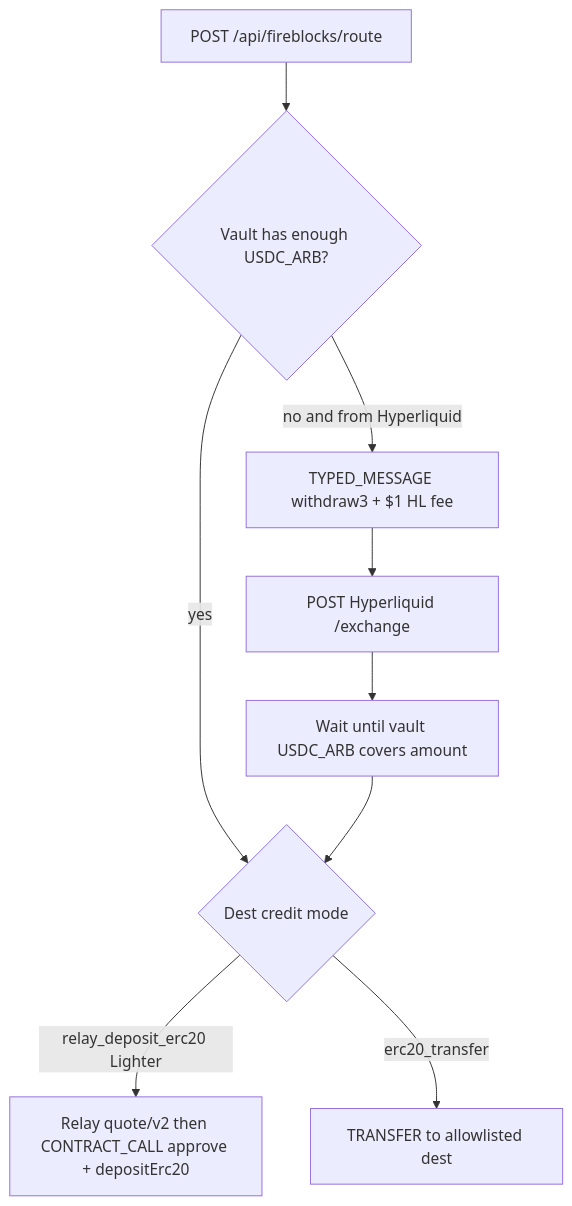
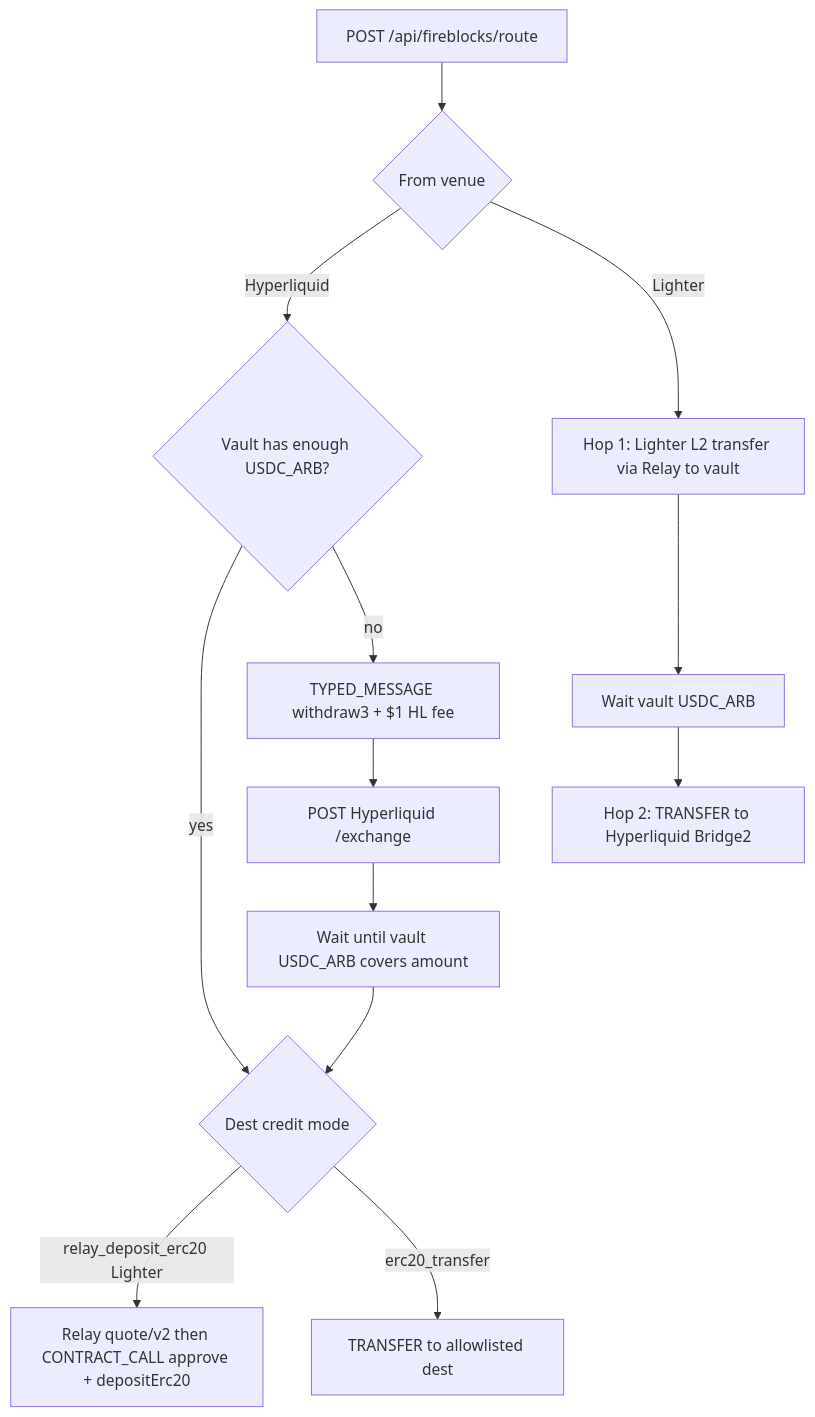
Before and after one commit to JellyCWenning/signet: the third of 3 diagrams in docs/MANUAL.md, drawn with Mermaid. The commit also changed other lines of this file and 5 other files, not shown here.

First line of the commit message:
Treat Lighter→HL as vault two-hops, refuse non-Bridge2 dest

````diff
--- a/docs/MANUAL.md
+++ b/docs/MANUAL.md
@@ -241,11 +241,15 @@
 ```mermaid
 flowchart TD
-  A[POST /api/fireblocks/route] --> B{Vault has enough USDC_ARB?}
+  A[POST /api/fireblocks/route] --> F{From venue}
+  F -->|Hyperliquid| B{Vault has enough USDC_ARB?}
   B -->|yes| C{Dest credit mode}
-  B -->|no and from Hyperliquid| W[TYPED_MESSAGE withdraw3 + $1 HL fee]
+  B -->|no| W[TYPED_MESSAGE withdraw3 + $1 HL fee]
   W --> H[POST Hyperliquid /exchange]
   H --> V[Wait until vault USDC_ARB covers amount]
   V --> C
   C -->|relay_deposit_erc20 Lighter| R[Relay quote/v2 then CONTRACT_CALL approve + depositErc20]
   C -->|erc20_transfer| T[TRANSFER to allowlisted dest]
+  F -->|Lighter| L1[Hop 1: Lighter L2 transfer via Relay to vault]
+  L1 --> L2[Wait vault USDC_ARB]
+  L2 --> L3[Hop 2: TRANSFER to Hyperliquid Bridge2]
 ```
````
